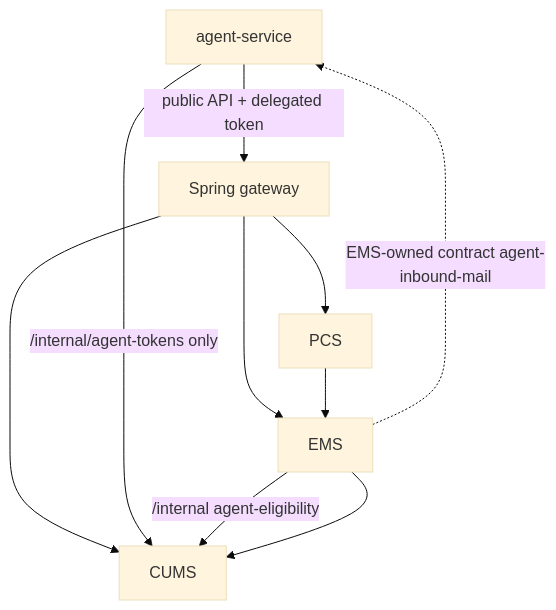
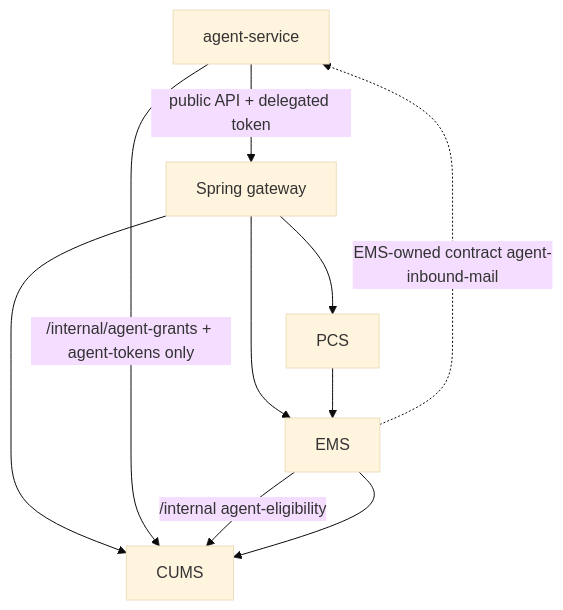
One commit to nissimbuchs/BATbern2 changed the second of 3 diagrams in _bmad-output/initiative-agentic-interaction/architecture-agentic-interaction/architecture-agentic-interaction.md. Above: the diagram before and after it, drawn with Mermaid (base theme). The commit also changed other lines of this file and 12 other files, not shown here.

First line of the commit message:
feat(agent-identity): agent tokens cannot cancel an event; owner answers recorded

````diff
--- a/_bmad-output/initiative-agentic-interaction/architecture-agentic-interaction/architecture-agentic-interaction.md
+++ b/_bmad-output/initiative-agentic-interaction/architecture-agentic-interaction/architecture-agentic-interaction.md
@@ -75,9 +77,9 @@
 ```mermaid
 flowchart TD
   AS["agent-service"] -->|"public API + delegated token"| GW["Spring gateway"]
   GW --> CUMS & EMS & PCS
-  AS -->|"/internal/agent-tokens only"| CUMS
+  AS -->|"/internal/agent-grants + agent-tokens only"| CUMS
   EMS -.->|"EMS-owned contract agent-inbound-mail"| AS
   EMS -->|"/internal agent-eligibility"| CUMS
   PCS --> EMS --> CUMS
 ```
````
